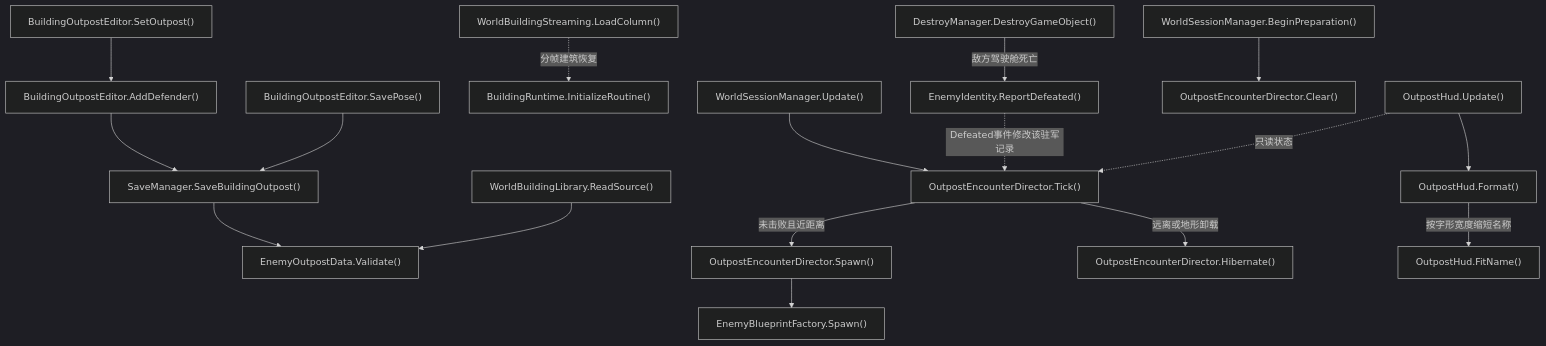
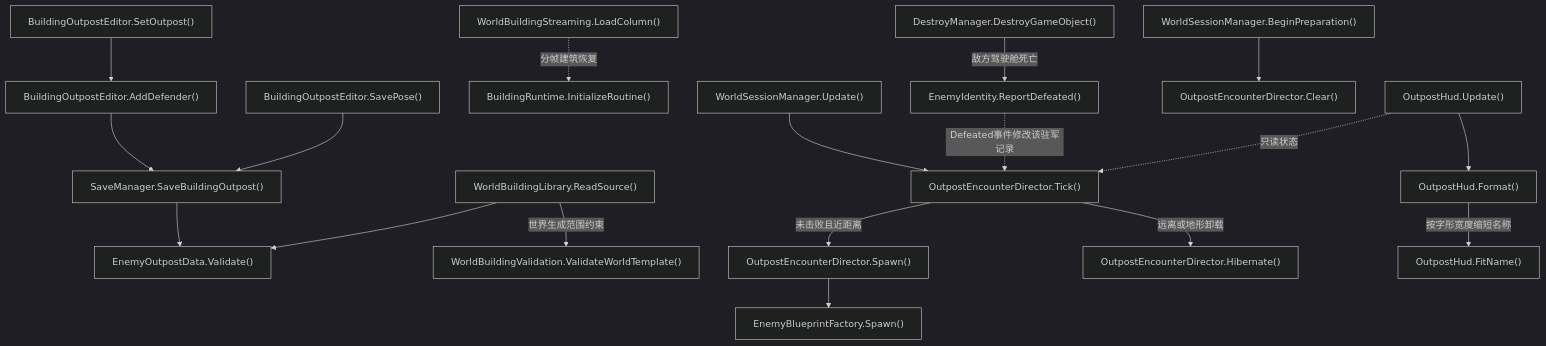
Diagram 29 of 47 in Docs/RuntimeFlow.md (kukudia/HY-Sandbox), drawn with Mermaid (dark theme) before and after one commit. The commit also changed other lines of this file and 74 other files, not shown here.

````diff
--- a/Docs/RuntimeFlow.md
+++ b/Docs/RuntimeFlow.md
@@ -2820,59 +2901,62 @@
 ```mermaid
 flowchart TD
     A["BuildingOutpostEditor.SetOutpost()"]
     click A "../Assets/Scripts/Features/Building/BuildingEditor/BuildingOutpostEditor.cs#L163" "打开源码"
     B["BuildingOutpostEditor.AddDefender()"]
     click B "../Assets/Scripts/Features/Building/BuildingEditor/BuildingOutpostEditor.cs#L180" "打开源码"
     C["BuildingOutpostEditor.SavePose()"]
     click C "../Assets/Scripts/Features/Building/BuildingEditor/BuildingOutpostEditor.cs#L233" "打开源码"
     D["SaveManager.SaveBuildingOutpost()"]
     click D "../Assets/Scripts/Features/Building/SaveManager.cs#L169" "打开源码"
     E["EnemyOutpostData.Validate()"]
     click E "../Assets/Scripts/Features/World/Outposts/EnemyOutpostData.cs#L13" "打开源码"
     F["WorldBuildingLibrary.ReadSource()"]
     click F "../Assets/Scripts/Features/World/Buildings/Data/WorldBuildingLibrary.cs#L82" "打开源码"
     G["WorldBuildingStreaming.LoadColumn()"]
     click G "../Assets/Scripts/Features/World/Streaming/WorldBuildingStreaming.cs#L34" "打开源码"
     H["BuildingRuntime.InitializeRoutine()"]
     click H "../Assets/Scripts/Features/World/Buildings/BuildingRuntime.cs#L84" "打开源码"
     I["WorldSessionManager.Update()"]
     click I "../Assets/Scripts/Features/World/WorldSessionManager.cs#L415" "打开源码"
     J["OutpostEncounterDirector.Tick()"]
     click J "../Assets/Scripts/Features/World/Outposts/OutpostEncounterDirector.cs#L51" "打开源码"
     K["OutpostEncounterDirector.Spawn()"]
     click K "../Assets/Scripts/Features/World/Outposts/OutpostEncounterDirector.cs#L170" "打开源码"
     L["EnemyBlueprintFactory.Spawn()"]
     click L "../Assets/Scripts/Features/Combat/Enemies/EnemyBlueprintFactory.cs#L12" "打开源码"
     M["OutpostEncounterDirector.Hibernate()"]
     click M "../Assets/Scripts/Features/World/Outposts/OutpostEncounterDirector.cs#L285" "打开源码"
     N["DestroyManager.DestroyGameObject()"]
     click N "../Assets/Scripts/Features/Combat/DestroyManager.cs#L28" "打开源码"
     O["EnemyIdentity.ReportDefeated()"]
     click O "../Assets/Scripts/Features/Combat/Enemies/EnemyIdentity.cs#L9" "打开源码"
     P["OutpostEncounterDirector.Clear()"]
     click P "../Assets/Scripts/Features/World/Outposts/OutpostEncounterDirector.cs#L331" "打开源码"
     Q["WorldSessionManager.BeginPreparation()"]
     click Q "../Assets/Scripts/Features/World/WorldSessionManager.cs#L85" "打开源码"
     R["OutpostHud.Update()"]
     click R "../Assets/Scripts/Features/World/Outposts/OutpostHud.cs#L14" "打开源码"
     S["OutpostHud.Format()"]
     click S "../Assets/Scripts/Features/World/Outposts/OutpostHud.cs#L26" "打开源码"
     T["OutpostHud.FitName()"]
     click T "../Assets/Scripts/Features/World/Outposts/OutpostHud.cs#L41" "打开源码"
+    U["WorldBuildingValidation.ValidateWorldTemplate()"]
+    click U "../Assets/Scripts/Features/World/Buildings/Placement/WorldBuildingValidation.cs#L109" "打开源码"
     A --> B
     B --> D
     C --> D
     D --> E
     F --> E
     G -.->|分帧建筑恢复| H
     I --> J
     J -->|未击败且近距离| K
     K --> L
     J -->|远离或地形卸载| M
     N -->|敌方驾驶舱死亡| O
     O -.->|Defeated事件修改该驻军记录| J
     Q --> P
     R -.->|只读状态| J
     R --> S
     S -->|按字形宽度缩短名称| T
+    F -->|世界生成范围约束| U
 ```
````
